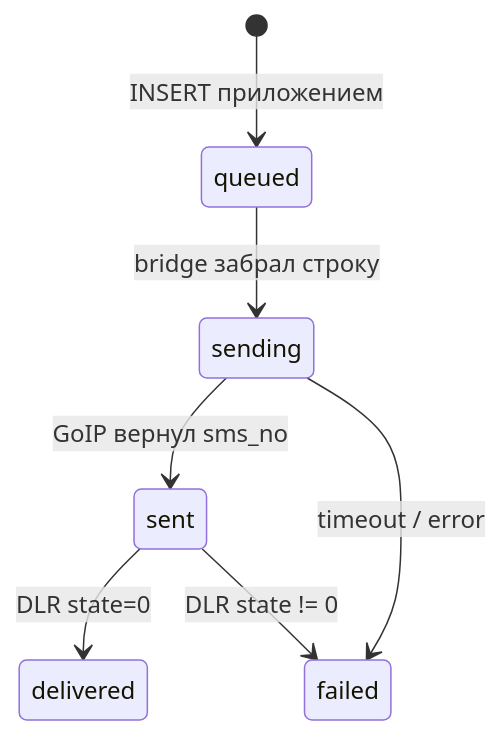
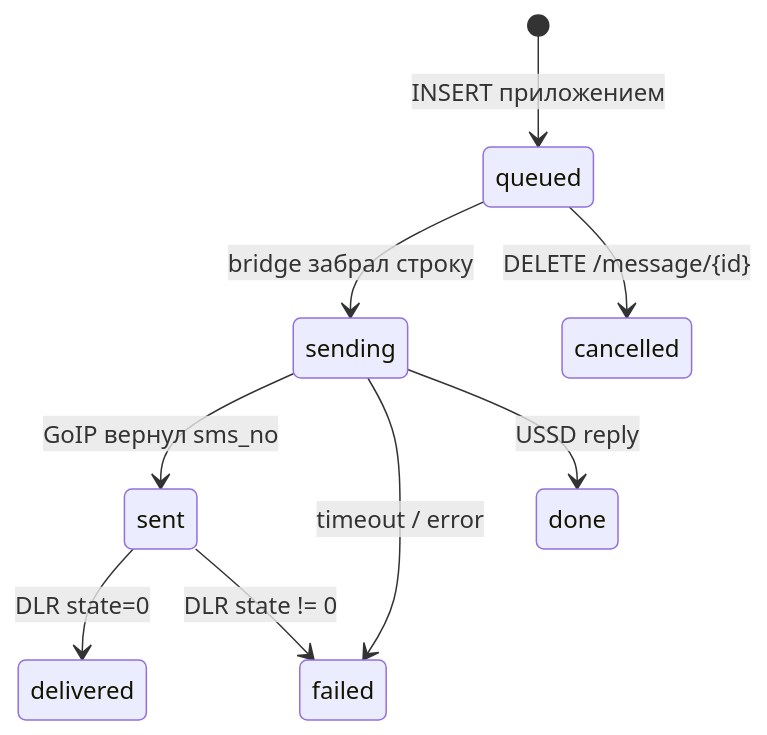
One commit to e-u-shapovalov/goip-bridge changed the sixth of 9 diagrams in SCHEMES.md. Above: the diagram before and after it, drawn with Mermaid. The commit also changed other lines of this file and 19 other files, not shown here.

````diff
--- a/SCHEMES.md
+++ b/SCHEMES.md
@@ -164,9 +166,11 @@
 ```mermaid
 stateDiagram-v2
     [*] --> queued: INSERT приложением
     queued --> sending: bridge забрал строку
     sending --> sent: GoIP вернул sms_no
     sent --> delivered: DLR state=0
     sending --> failed: timeout / error
     sent --> failed: DLR state != 0
+    sending --> done: USSD reply
+    queued --> cancelled: DELETE /message/{id}
 ```
````
